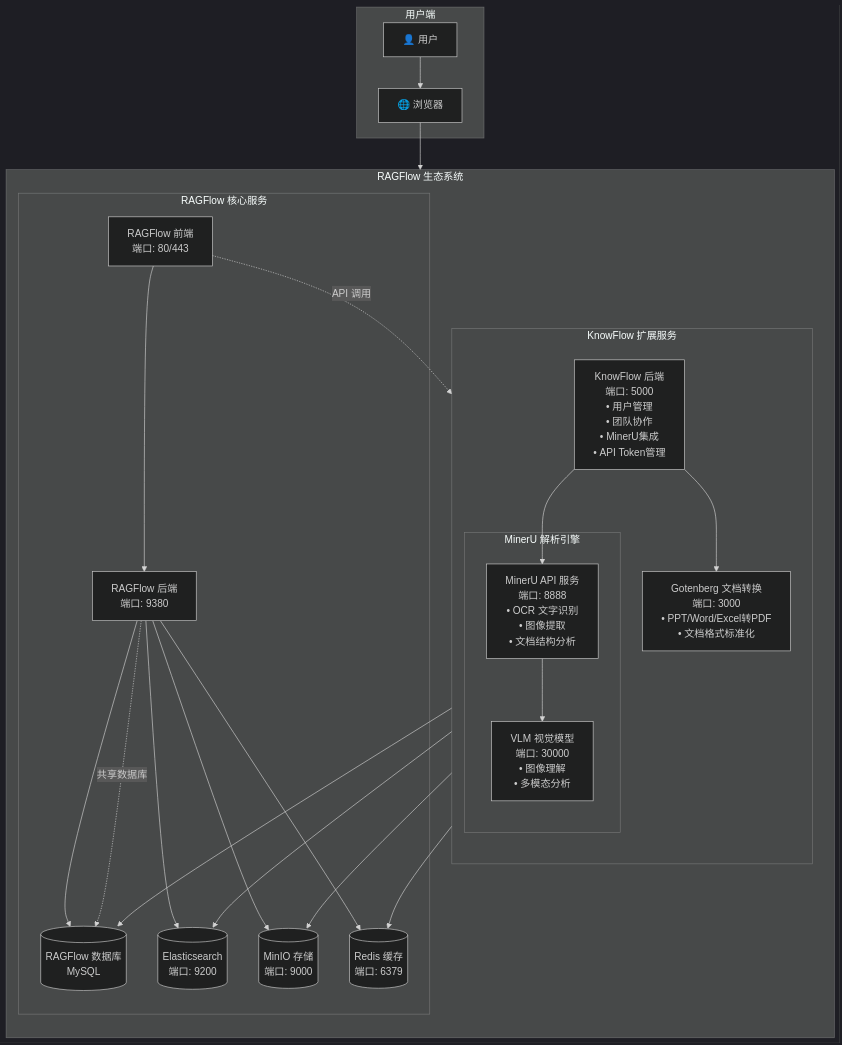
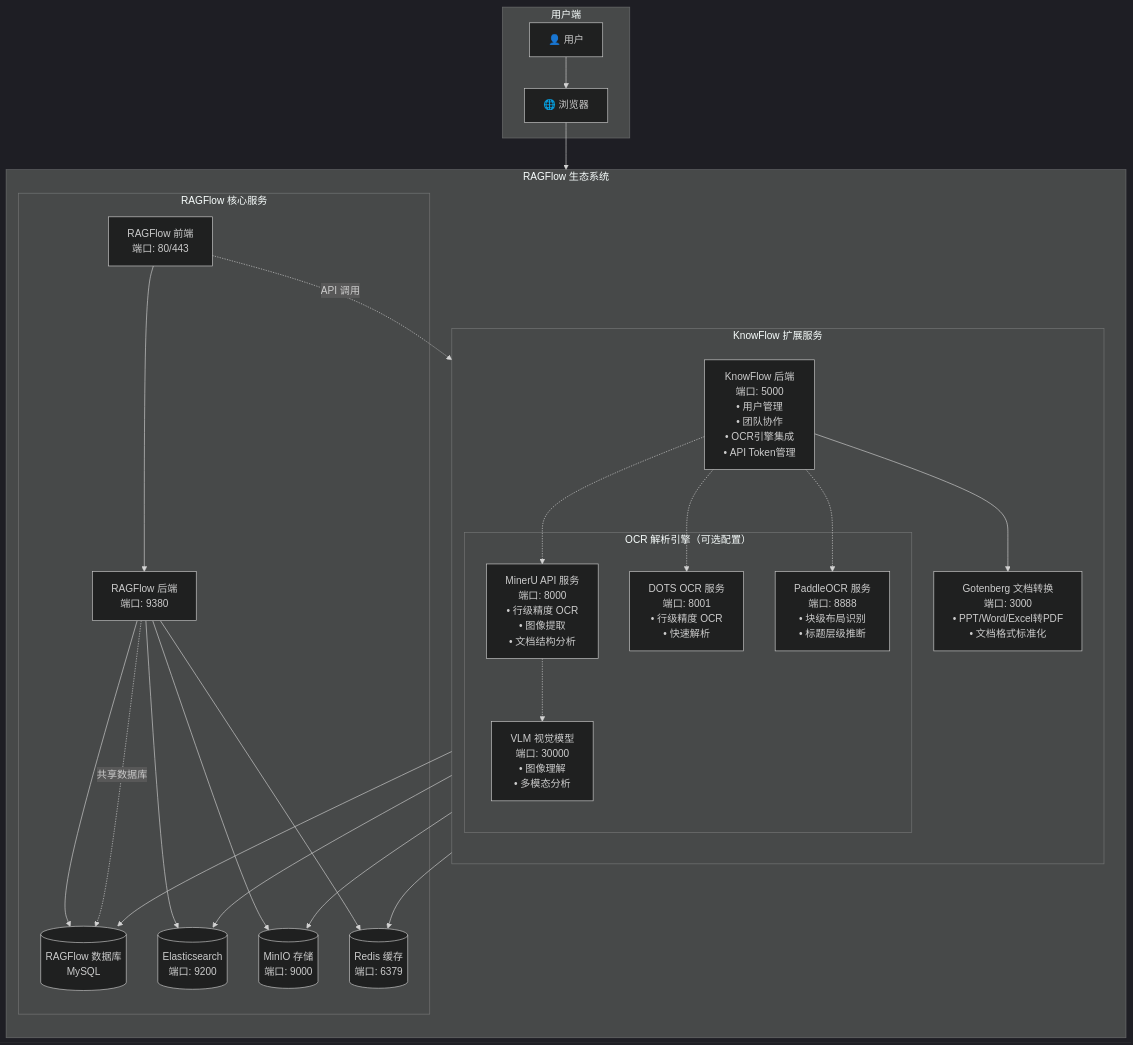
The diagram in README.md (knowflow-ai/KnowFlow), drawn with Mermaid (dark theme) before and after one commit. The commit also changed other lines of this file, not shown here.

````diff
--- a/README.md
+++ b/README.md
@@ -29,56 +29,60 @@
 ```mermaid
 graph TB
     subgraph "用户端"
         User[👤 用户]
         Browser[🌐 浏览器]
         User --> Browser
     end
 
     subgraph "RAGFlow 生态系统"
         direction TB
         subgraph "RAGFlow 核心服务"
             RF_Frontend[RAGFlow 前端<br/>端口: 80/443]
             RF_Backend[RAGFlow 后端<br/>端口: 9380]
             RF_DB[(RAGFlow 数据库<br/>MySQL)]
             RF_ES[(Elasticsearch<br/>端口: 9200)]
             RF_Minio[(MinIO 存储<br/>端口: 9000)]
             RF_Redis[(Redis 缓存<br/>端口: 6379)]
         end
         
         subgraph "KnowFlow 扩展服务"
             direction TB
-            KF_Backend[KnowFlow 后端<br/>端口: 5000<br/>• 用户管理<br/>• 团队协作<br/>• MinerU集成<br/>• API Token管理]
+            KF_Backend[KnowFlow 后端<br/>端口: 5000<br/>• 用户管理<br/>• 团队协作<br/>• OCR引擎集成<br/>• API Token管理]
             KF_Gotenberg[Gotenberg 文档转换<br/>端口: 3000<br/>• PPT/Word/Excel转PDF<br/>• 文档格式标准化]
-            
-            subgraph "MinerU 解析引擎"
-                MinerU_API[MinerU API 服务<br/>端口: 8888<br/>• OCR 文字识别<br/>• 图像提取<br/>• 文档结构分析]
+
+            subgraph "OCR 解析引擎（可选配置）"
+                MinerU_API[MinerU API 服务<br/>端口: 8000<br/>• 行级精度 OCR<br/>• 图像提取<br/>• 文档结构分析]
                 MinerU_VLM[VLM 视觉模型<br/>端口: 30000<br/>• 图像理解<br/>• 多模态分析]
+                DOTS_API[DOTS OCR 服务<br/>端口: 8001<br/>• 行级精度 OCR<br/>• 快速解析]
+                PaddleOCR_API[PaddleOCR 服务<br/>端口: 8888<br/>• 块级布局识别<br/>• 标题层级推断]
             end
         end
     end
 
     %% 用户访问流程
     Browser --> RF_Frontend
     
     %% RAGFlow 内部服务通信
     RF_Frontend --> RF_Backend
     RF_Backend --> RF_DB
     RF_Backend --> RF_ES
     RF_Backend --> RF_Minio
     RF_Backend --> RF_Redis
     
     %% RAGFlow 与 KnowFlow 集成
     RF_Frontend -.->|API 调用| KF_Backend
     RF_Backend -.->|共享数据库| RF_DB
     
     %% KnowFlow 内部服务通信
     KF_Backend --> KF_Gotenberg
-    KF_Backend --> MinerU_API
-    MinerU_API --> MinerU_VLM
+    KF_Backend -.-> MinerU_API
+    KF_Backend -.-> DOTS_API
+    KF_Backend -.-> PaddleOCR_API
+    MinerU_API -.-> MinerU_VLM
     
     %% KnowFlow 与 RAGFlow 数据层集成
     KF_Backend --> RF_DB
     KF_Backend --> RF_ES
     KF_Backend --> RF_Minio
     KF_Backend --> RF_Redis
 ```
````
